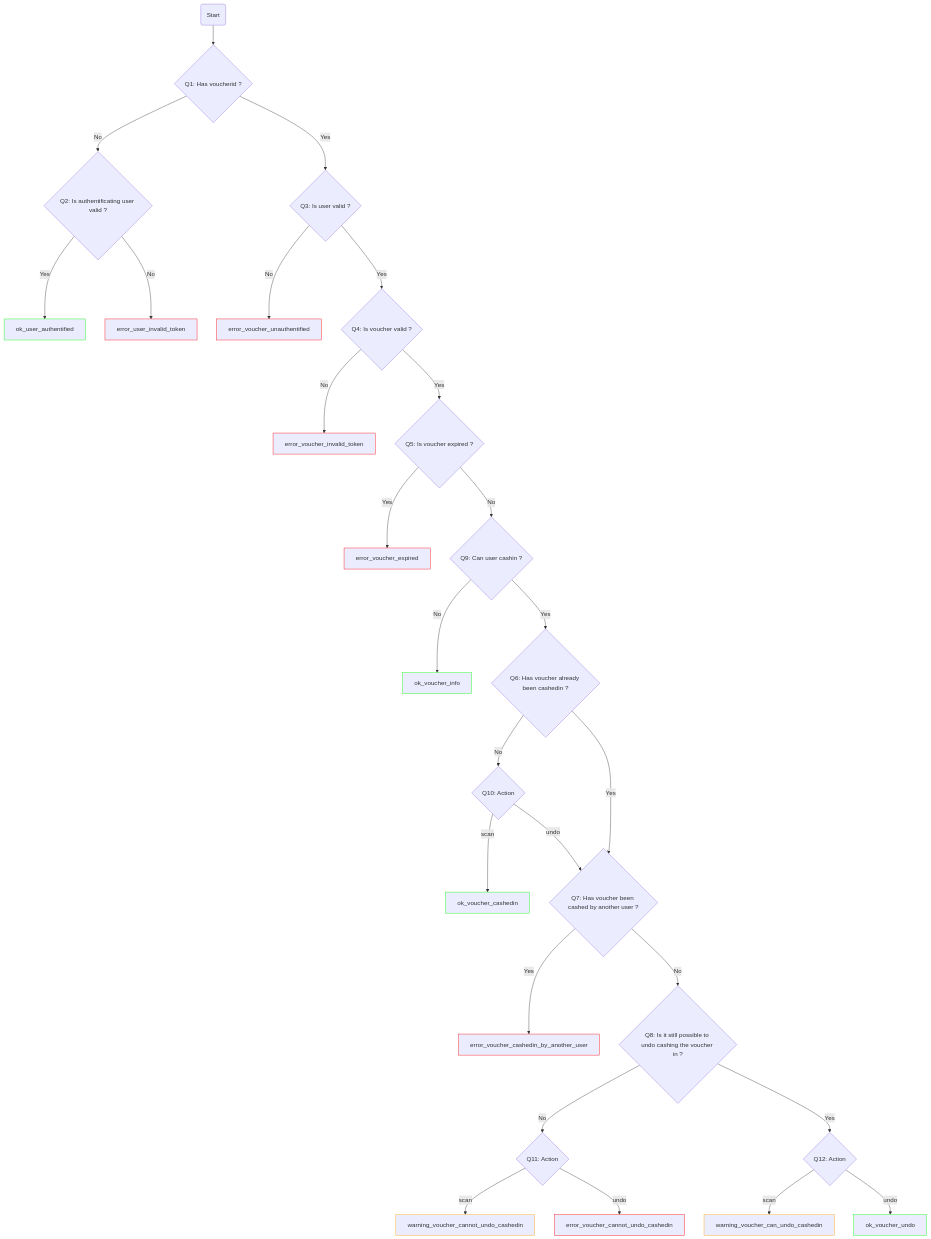
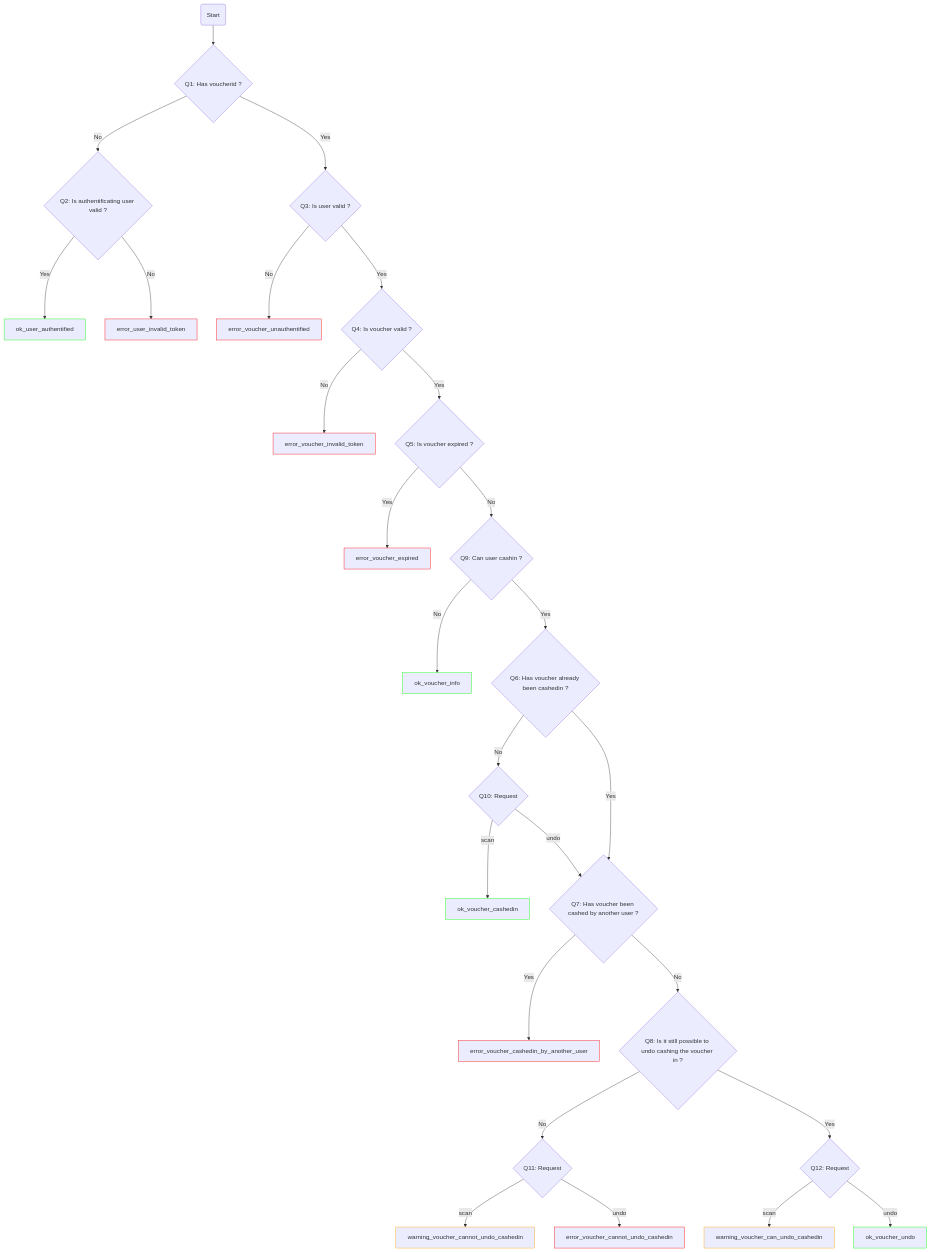
One commit to epicerieledetour/ledetour-vouchers changed the diagram in README.md. Above: the diagram before and after it, drawn with Mermaid.

Commit message:
Fix Action -> Request in flowchart

````diff
--- a/README.md
+++ b/README.md
@@ -5,70 +5,70 @@
 ```mermaid
 flowchart TD
     S(Start)
     S --> Q1
 
     Q1{Q1: Has voucherid ?}
     Q1 -- No --> Q2
     Q1 -- Yes --> Q3
 
     Q2{Q2: Is authentificating user valid ?}
     Q2Y[ok_user_authentified]:::ok
     Q2N[error_user_invalid_token]:::error
     Q2 -- Yes --> Q2Y
     Q2 -- No --> Q2N
 
     Q3{Q3: Is user valid ?}
     Q3N[error_voucher_unauthentified]:::error
     Q3 -- No --> Q3N
     Q3 -- Yes --> Q4
 
     Q4{Q4: Is voucher valid ?}
     Q4N[error_voucher_invalid_token]:::error
     Q4 -- No --> Q4N
     Q4 -- Yes --> Q5
 
     Q5{Q5: Is voucher expired ?}
     Q5Y[error_voucher_expired]:::error
     Q5 -- Yes --> Q5Y
     Q5 -- No --> Q9
 
     Q9{Q9: Can user cashin ?}
     Q9N[ok_voucher_info]:::ok
     Q9 -- No --> Q9N
     Q9 -- Yes --> Q6
 
     Q6{Q6: Has voucher already been cashedin ?}
     Q6N[ok_voucher_cashedin]:::ok
     Q6 -- No --> Q10
     Q6 -- Yes --> Q7
 
-    Q10{Q10: Action}
+    Q10{Q10: Request}
     Q10 -- scan --> Q6N
     Q10 -- undo --> Q7
 
     Q7{Q7: Has voucher been cashed by another user ?}
     Q7Y[error_voucher_cashedin_by_another_user]:::error
     Q7 -- Yes --> Q7Y
     Q7 -- No --> Q8
 
     Q8{Q8: Is it still possible to undo cashing the voucher in ?}
     Q8N[warning_voucher_cannot_undo_cashedin]:::warning
     Q8Y[warning_voucher_can_undo_cashedin]:::warning
     Q8 -- No --> Q11
     Q8 -- Yes --> Q12
 
-    Q11{Q11: Action}
+    Q11{Q11: Request}
     Q11U[error_voucher_cannot_undo_cashedin]:::error
     Q11 -- scan --> Q8N
     Q11 -- undo --> Q11U
 
-    Q12{Q12: Action}
+    Q12{Q12: Request}
     Q12U[ok_voucher_undo]:::ok
     Q12 -- scan --> Q8Y
     Q12 -- undo --> Q12U
 
 
     classDef ok stroke:#0f0
     classDef warning stroke:#ffa500
     classDef error stroke:#f00
 ```
````
